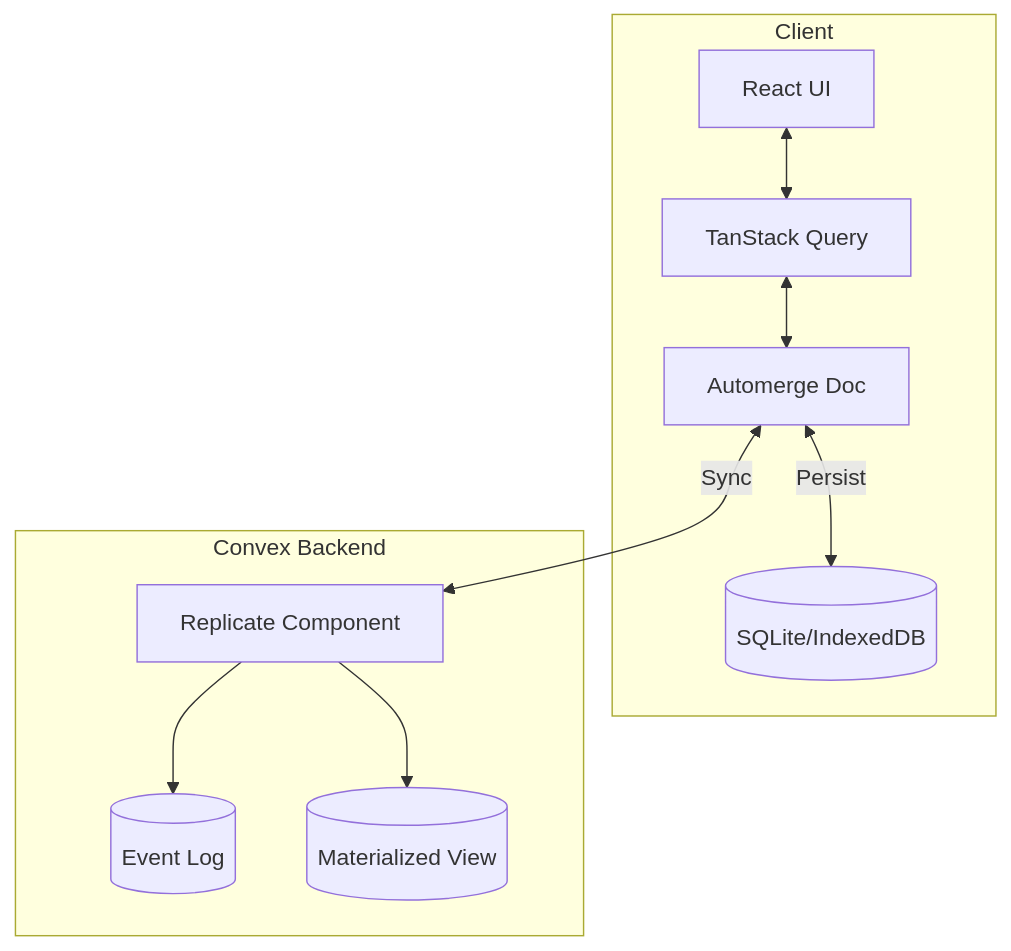
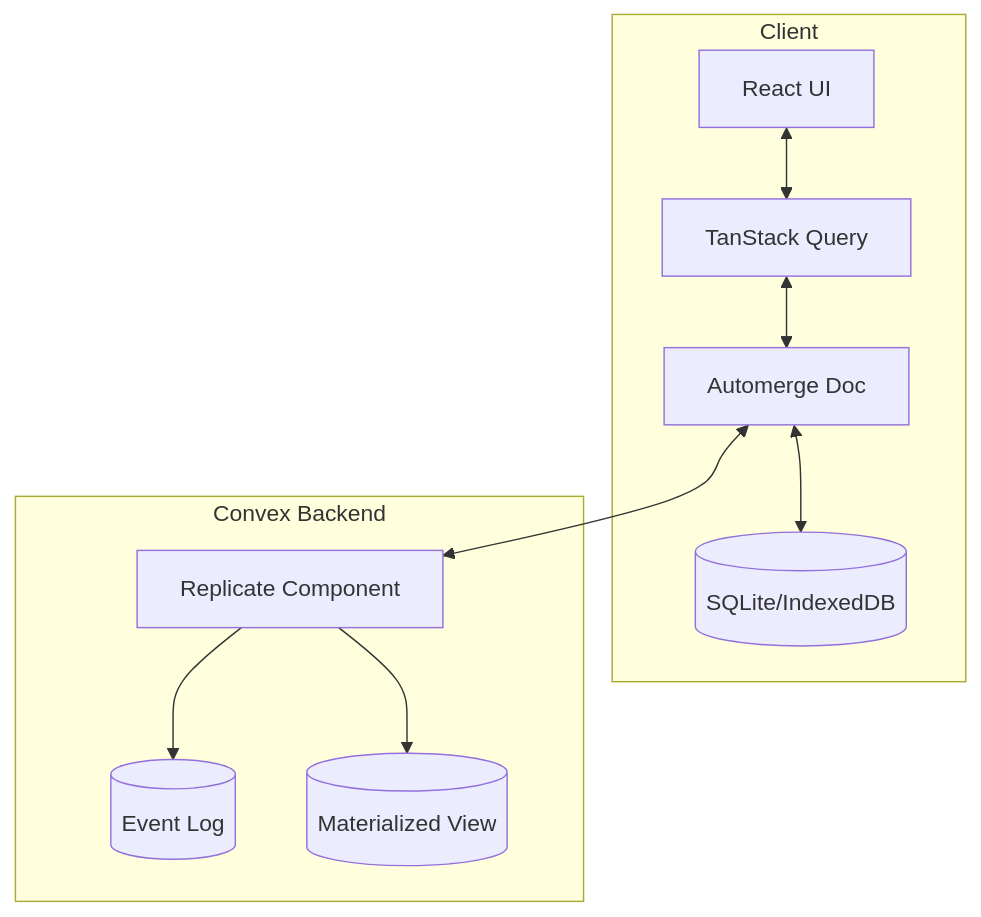
Before and after one commit to robelest/robelest: the sixth of 12 diagrams in journal/2025-12-25-replicate-local-first.md, drawn with Mermaid. The commit also changed other lines of this file and 3 other files, not shown here.

First line of the commit message:
feat: use mermaid-cli for PDF diagram rendering with caching

````diff
--- a/journal/2025-12-25-replicate-local-first.md
+++ b/journal/2025-12-25-replicate-local-first.md
@@ -335,14 +334,14 @@
 ```mermaid
 flowchart TB
     subgraph "Client"
         UI[React UI] <--> TSQ[TanStack Query]
         TSQ <--> AM[Automerge Doc]
-        AM <-->|Persist| SQLITE[(SQLite/IndexedDB)]
+        AM <-->SQLITE[(SQLite/IndexedDB)]
     end
     
     subgraph "Convex Backend"
-        AM <-->|Sync| COMP[Replicate Component]
+        AM <--> COMP[Replicate Component]
         COMP --> LOG[(Event Log)]
         COMP --> MAT[(Materialized View)]
     end
 ```
````
